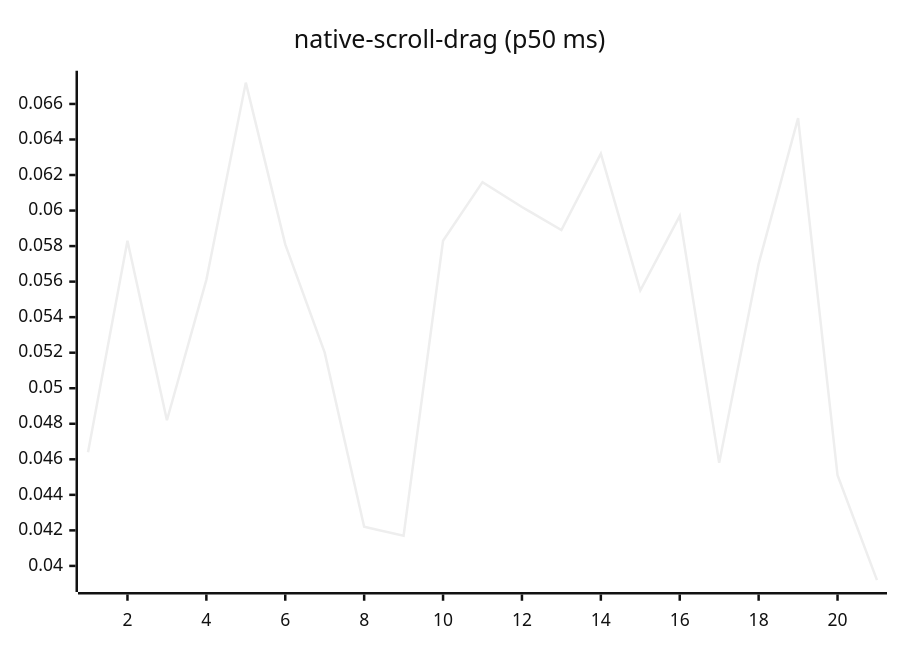
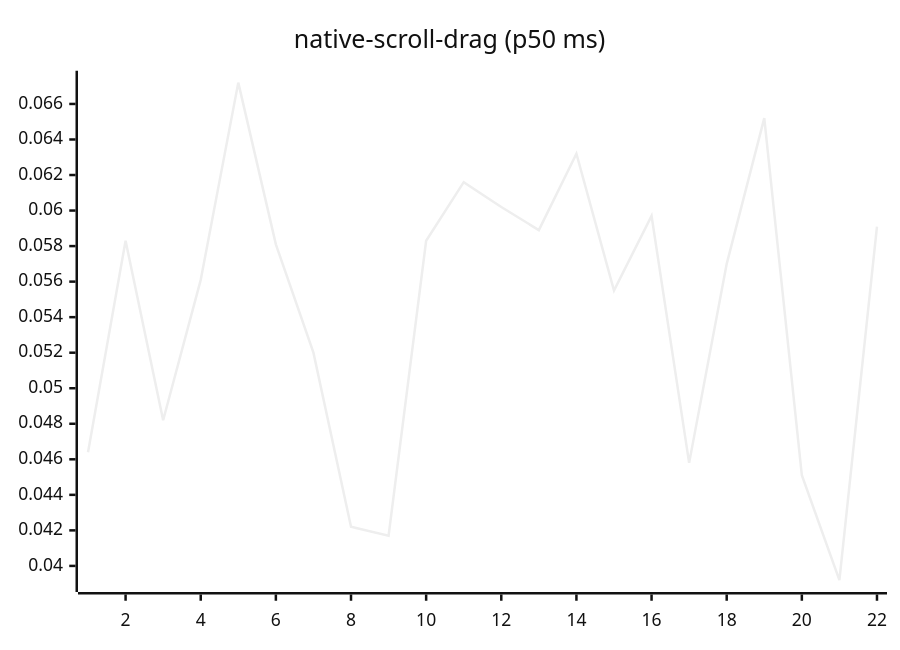
Before and after one commit to josha/Facet: diagram 14 of 27 in README.md, drawn with Mermaid (neutral theme). The commit also changed other lines of this file and 2 other files, not shown here.

````diff
--- a/README.md
+++ b/README.md
@@ -154,6 +154,6 @@
 ```mermaid
 xychart-beta
     title "native-scroll-drag (p50 ms)"
-    x-axis 1 --> 21
-    line [0.0464, 0.0583, 0.0482, 0.0561, 0.0672, 0.0581, 0.0520, 0.0422, 0.0417, 0.0583, 0.0616, 0.0602, 0.0589, 0.0632, 0.0555, 0.0597, 0.0458, 0.0570, 0.0652, 0.0451, 0.0392]
+    x-axis 1 --> 22
+    line [0.0464, 0.0583, 0.0482, 0.0561, 0.0672, 0.0581, 0.0520, 0.0422, 0.0417, 0.0583, 0.0616, 0.0602, 0.0589, 0.0632, 0.0555, 0.0597, 0.0458, 0.0570, 0.0652, 0.0451, 0.0392, 0.0591]
 ```
````
